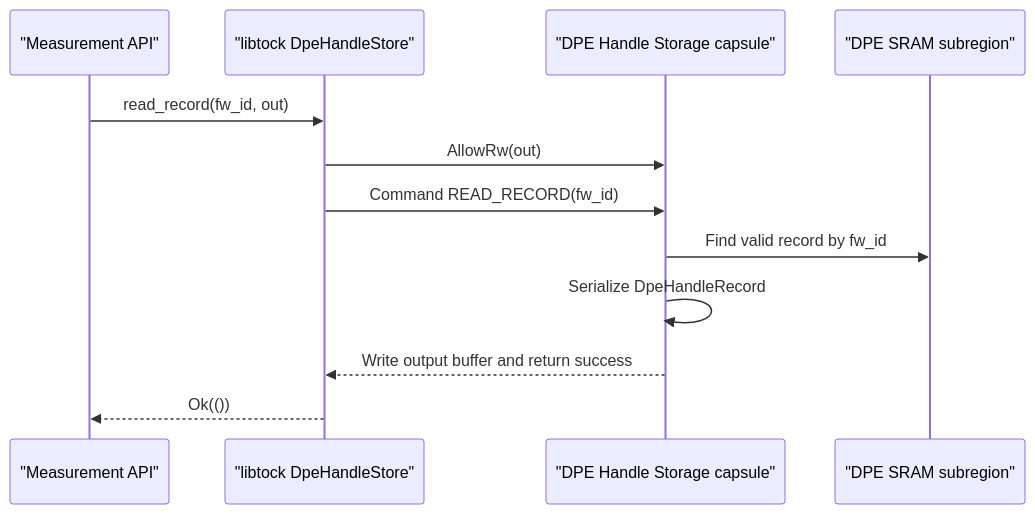
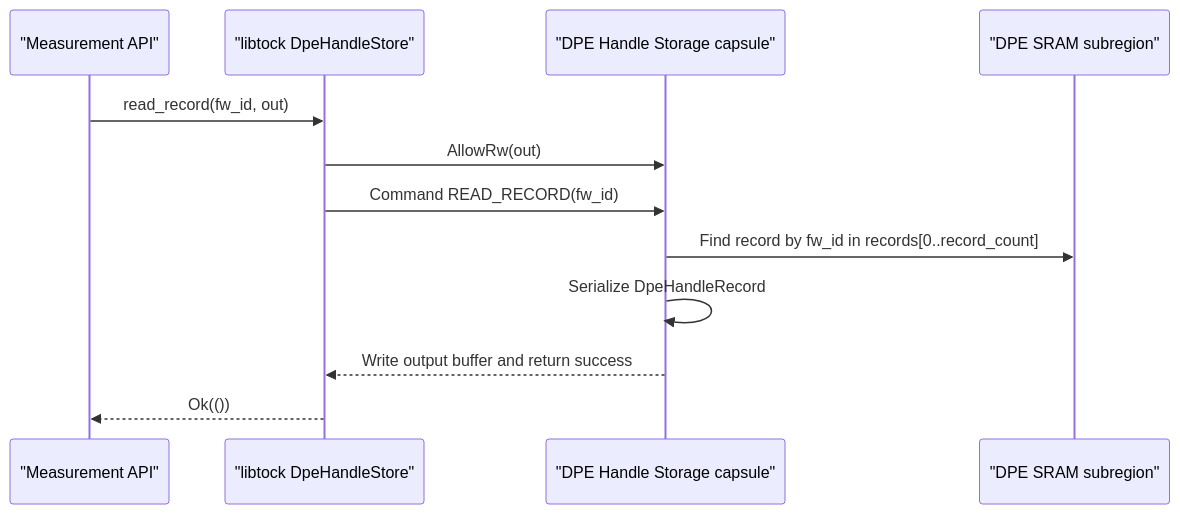
Before and after one commit to chipsalliance/caliptra-mcu-sw: the second of 4 diagrams in docs/src/attestation-tock-capsules.md, drawn with Mermaid. The commit also changed other lines of this file and 2 other files, not shown here.

````diff
--- a/docs/src/attestation-tock-capsules.md
+++ b/docs/src/attestation-tock-capsules.md
@@ -181,15 +192,15 @@
 ```mermaid
 sequenceDiagram
     participant MApi as "Measurement API"
     participant Lib as "libtock DpeHandleStore"
     participant Cap as "DPE Handle Storage capsule"
     participant Sram as "DPE SRAM subregion"
 
     MApi->>Lib: read_record(fw_id, out)
     Lib->>Cap: AllowRw(out)
     Lib->>Cap: Command READ_RECORD(fw_id)
-    Cap->>Sram: Find valid record by fw_id
+    Cap->>Sram: Find record by fw_id in records[0..record_count]
     Cap->>Cap: Serialize DpeHandleRecord
     Cap-->>Lib: Write output buffer and return success
     Lib-->>MApi: Ok(())
 ```
````
